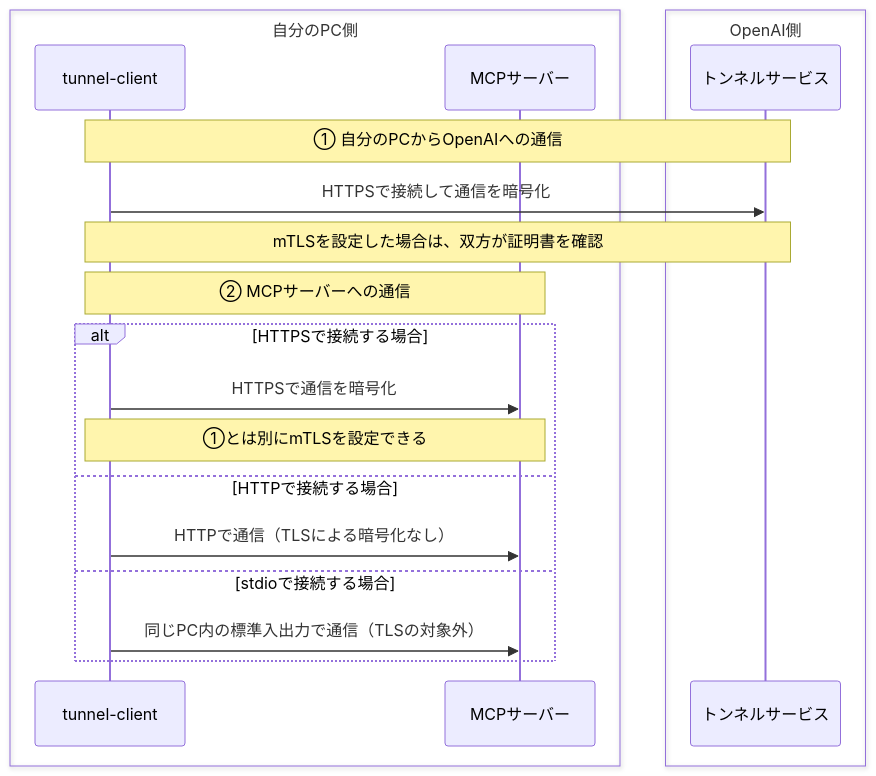
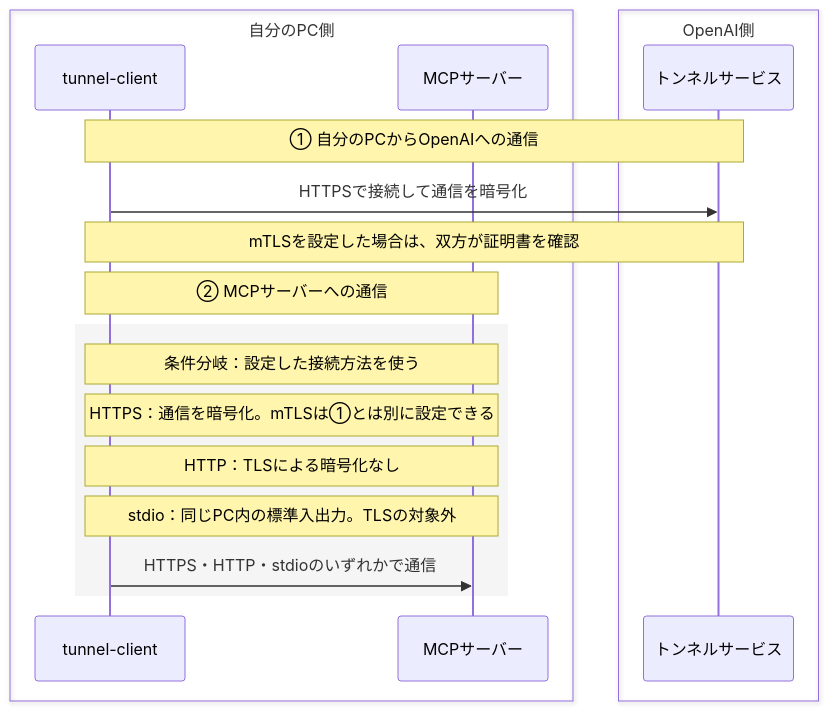
Before and after one commit to kkoch5t2/zenn-contents: the fourth of 4 diagrams in articles/openai-secure-mcp-tunnel.md, drawn with Mermaid. The commit also changed other lines of this file, not shown here.

Commit message:
docs: label diagram alternatives in Japanese

````diff
--- a/articles/openai-secure-mcp-tunnel.md
+++ b/articles/openai-secure-mcp-tunnel.md
@@ -206,24 +206,23 @@
 ```mermaid
 sequenceDiagram
     box 自分のPC側
         participant TLSCLIENT as tunnel-client
         participant TLSSERVER as MCPサーバー
     end
     box OpenAI側
         participant TLSOPENAI as トンネルサービス
     end
 
     Note over TLSCLIENT,TLSOPENAI: ① 自分のPCからOpenAIへの通信
     TLSCLIENT->>TLSOPENAI: HTTPSで接続して通信を暗号化
     Note over TLSCLIENT,TLSOPENAI: mTLSを設定した場合は、双方が証明書を確認
 
     Note over TLSCLIENT,TLSSERVER: ② MCPサーバーへの通信
-    alt HTTPSで接続する場合
-        TLSCLIENT->>TLSSERVER: HTTPSで通信を暗号化
-        Note over TLSCLIENT,TLSSERVER: ①とは別にmTLSを設定できる
-    else HTTPで接続する場合
-        TLSCLIENT->>TLSSERVER: HTTPで通信（TLSによる暗号化なし）
-    else stdioで接続する場合
-        TLSCLIENT->>TLSSERVER: 同じPC内の標準入出力で通信（TLSの対象外）
+    rect rgba(128, 128, 128, 0.08)
+        Note over TLSCLIENT,TLSSERVER: 条件分岐：設定した接続方法を使う
+        Note over TLSCLIENT,TLSSERVER: HTTPS：通信を暗号化。mTLSは①とは別に設定できる
+        Note over TLSCLIENT,TLSSERVER: HTTP：TLSによる暗号化なし
+        Note over TLSCLIENT,TLSSERVER: stdio：同じPC内の標準入出力。TLSの対象外
+        TLSCLIENT->>TLSSERVER: HTTPS・HTTP・stdioのいずれかで通信
     end
 ```
````
